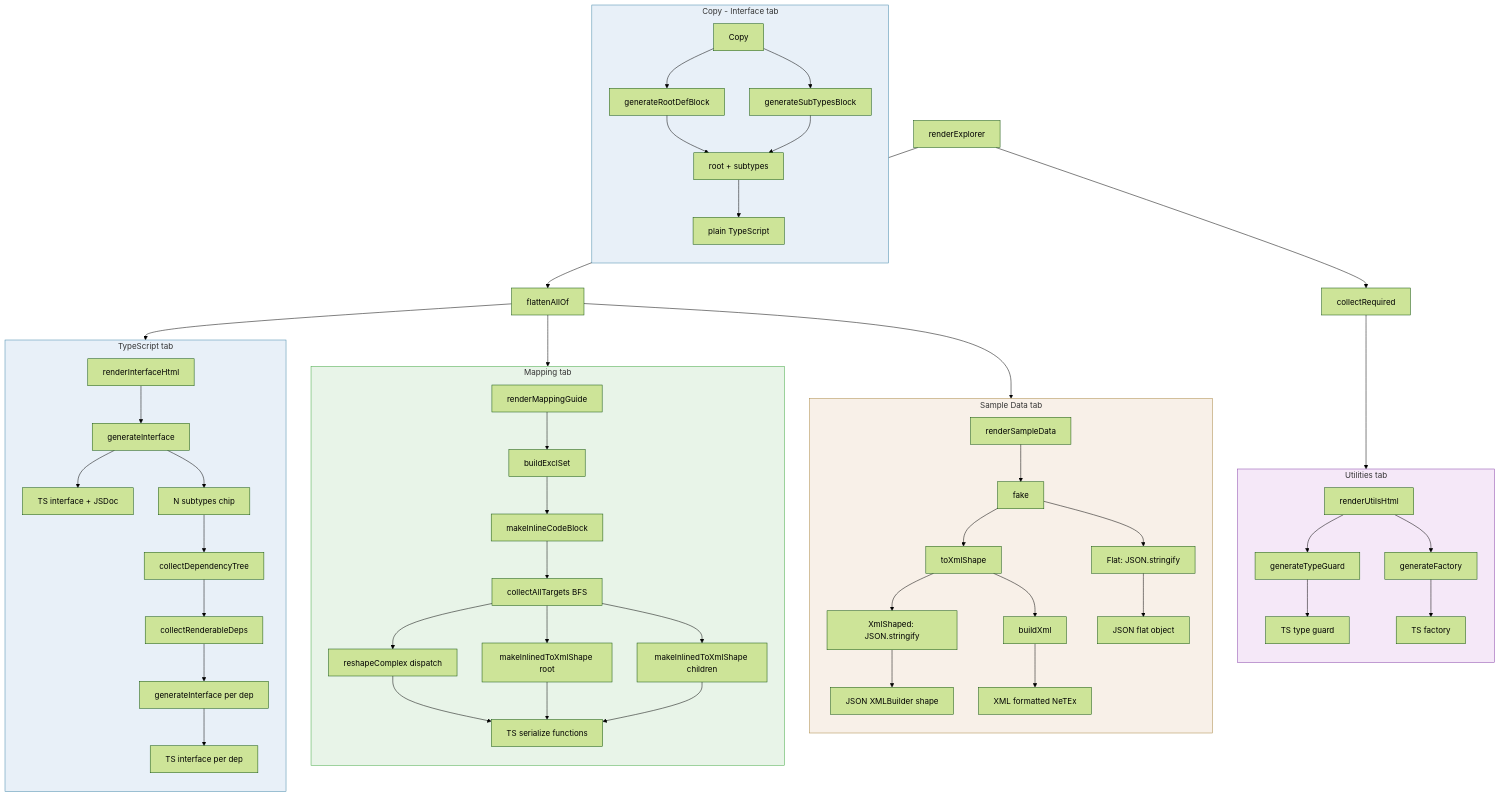
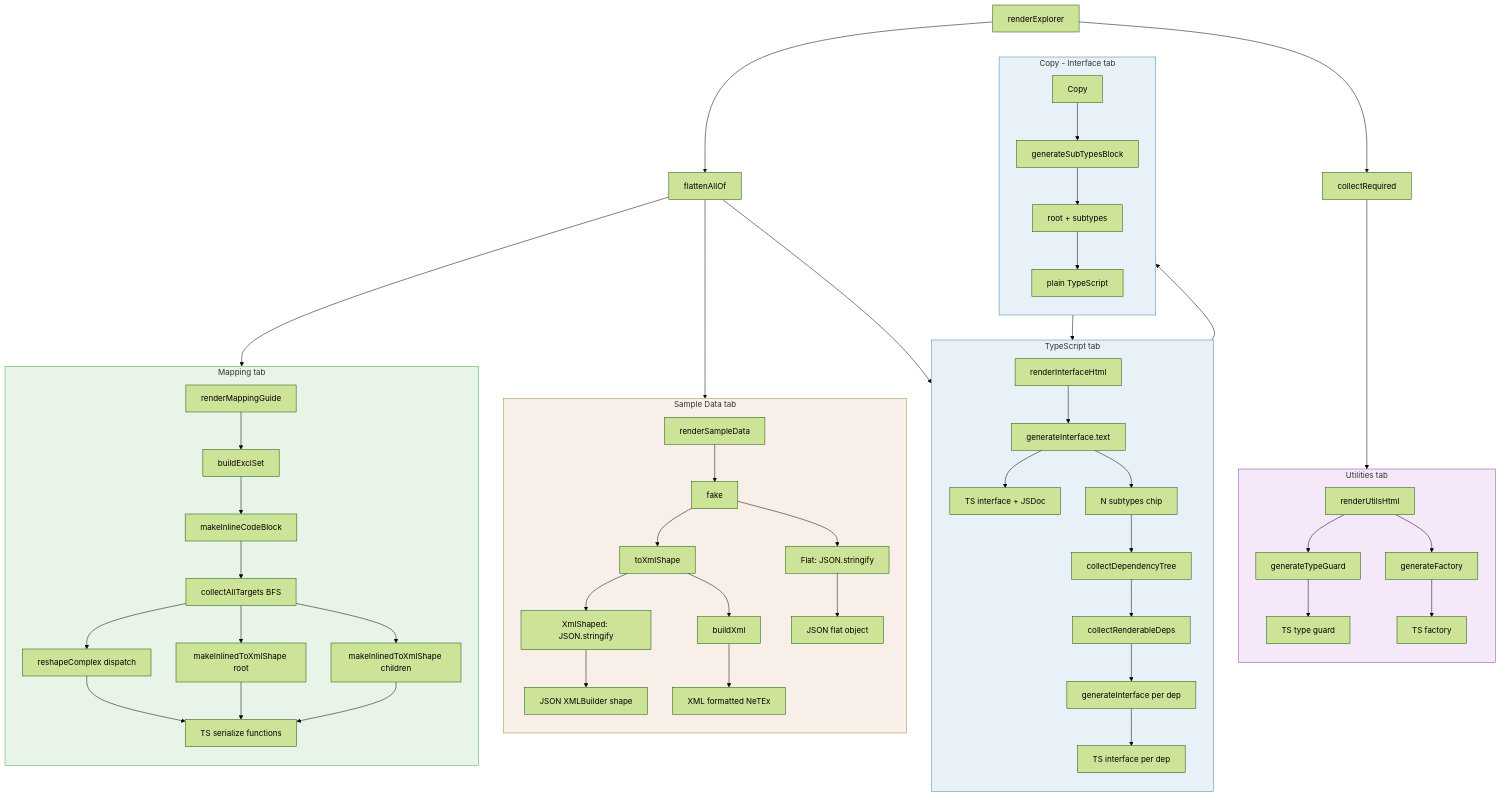
The diagram in html-ts-gen/CODEGEN_FLOW.md (entur/netex-typescript-model), drawn with Mermaid (forest theme) before and after one commit. The commit also changed other lines of this file and 22 other files, not shown here.

````diff
--- a/html-ts-gen/CODEGEN_FLOW.md
+++ b/html-ts-gen/CODEGEN_FLOW.md
@@ -5,69 +5,69 @@
 ```mermaid
 flowchart TB
     entry[renderExplorer] --> flatProps[flattenAllOf]
     entry --> flatReq[collectRequired]
 
     flatProps --> TS1
     flatProps --> MAP
     flatProps --> SAMPLE
     flatReq --> UTIL
 
     subgraph TS1["TypeScript tab"]
         direction TB
         ri[renderInterfaceHtml] --> gi[generateInterface]
         gi --> ts1out["TS interface + JSDoc"]
         gi --> chip["N subtypes chip"]
         chip --> cdt[collectDependencyTree]
         cdt --> crd[collectRenderableDeps]
         crd --> gi2["generateInterface per dep"]
         gi2 --> ts2out["TS interface per dep"]
     end
 
     subgraph COPY_TS["Copy - Interface tab"]
         direction TB
-        copybtn[Copy] --> grdb[generateRootDefBlock]
+        copybtn[Copy] --> gi["generateInterface.text"]
         copybtn --> gstb[generateSubTypesBlock]
-        grdb --> merge["root + subtypes"]
+        gi --> merge["root + subtypes"]
         gstb --> merge
         merge --> clipboard["plain TypeScript"]
     end
 
     subgraph MAP["Mapping tab"]
         direction TB
         rmg[renderMappingGuide] --> bes[buildExclSet]
         bes --> micb[makeInlineCodeBlock]
         micb --> cat[collectAllTargets BFS]
         cat --> dispatch[reshapeComplex dispatch]
         cat --> rootfn["makeInlinedToXmlShape root"]
         cat --> childfn["makeInlinedToXmlShape children"]
         dispatch --> mapout["TS serialize functions"]
         rootfn --> mapout
         childfn --> mapout
     end
 
     subgraph UTIL["Utilities tab"]
         direction TB
         ru[renderUtilsHtml] --> tg[generateTypeGuard]
         ru --> ff[generateFactory]
         tg --> utilout1["TS type guard"]
         ff --> utilout2["TS factory"]
     end
 
     subgraph SAMPLE["Sample Data tab"]
         direction TB
         rsd[renderSampleData] --> fake[fake]
         fake --> pill1["Flat: JSON.stringify"]
         fake --> txs[toXmlShape]
         txs --> pill2["XmlShaped: JSON.stringify"]
         txs --> bxml[buildXml]
         pill1 --> json1out["JSON flat object"]
         pill2 --> json2out["JSON XMLBuilder shape"]
         bxml --> xmlout["XML formatted NeTEx"]
     end
 
     style TS1 fill:#e8f0f8,stroke:#48a
     style COPY_TS fill:#e8f0f8,stroke:#48a
     style MAP fill:#e8f4e8,stroke:#4a4
     style UTIL fill:#f5e8f8,stroke:#84a
     style SAMPLE fill:#f8f0e8,stroke:#a84
 ```
````
